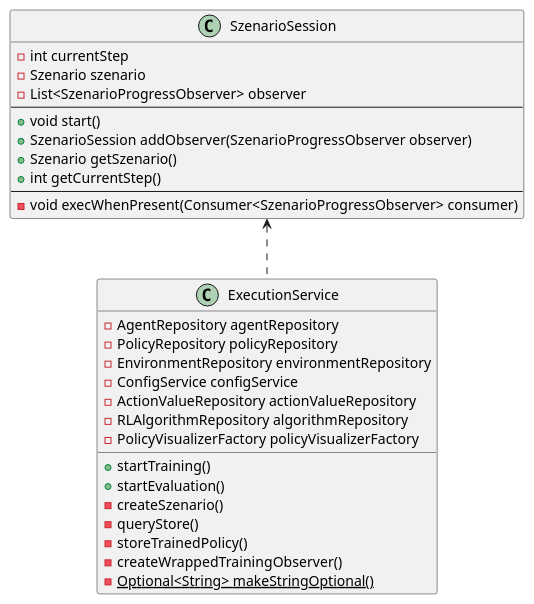
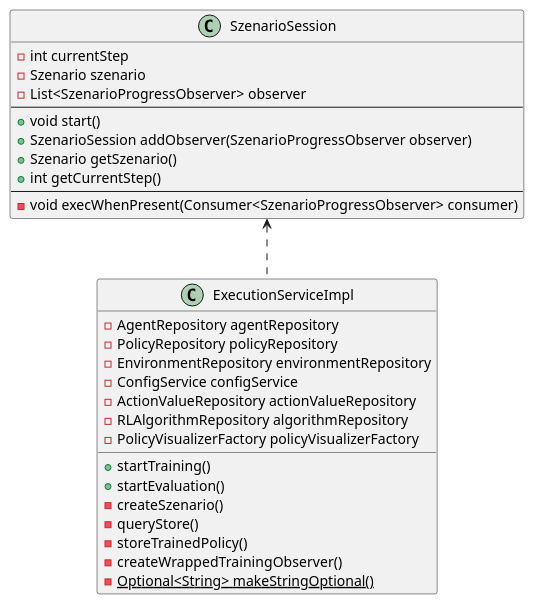
One commit to jatsqi/ASE-Reinforcement-Learning changed the diagram in uml/dependencyInversionNegative.puml. Above: the diagram before and after it, drawn with PlantUML.

Commit message:
Fix class name in UML.

```diff
--- a/uml/dependencyInversionNegative.puml
+++ b/uml/dependencyInversionNegative.puml
@@ -1,37 +1,37 @@
 @startuml
 'https://plantuml.com/class-diagram
 
 class SzenarioSession {
     -int currentStep
     -Szenario szenario
     -List<SzenarioProgressObserver> observer
     --
     +void start()
     +SzenarioSession addObserver(SzenarioProgressObserver observer)
     +Szenario getSzenario()
     +int getCurrentStep()
     --
     -void execWhenPresent(Consumer<SzenarioProgressObserver> consumer)
 }
 
-class ExecutionService {
+class ExecutionServiceImpl {
     - AgentRepository agentRepository
     - PolicyRepository policyRepository
     - EnvironmentRepository environmentRepository
     - ConfigService configService
     - ActionValueRepository actionValueRepository
     - RLAlgorithmRepository algorithmRepository
     - PolicyVisualizerFactory policyVisualizerFactory
 
     + startTraining()
     + startEvaluation()
     - createSzenario()
     - queryStore()
     - storeTrainedPolicy()
     - createWrappedTrainingObserver()
     - {static} Optional<String> makeStringOptional()
 }
 
-SzenarioSession <.. ExecutionService
+SzenarioSession <.. ExecutionServiceImpl
 
 @enduml
```
